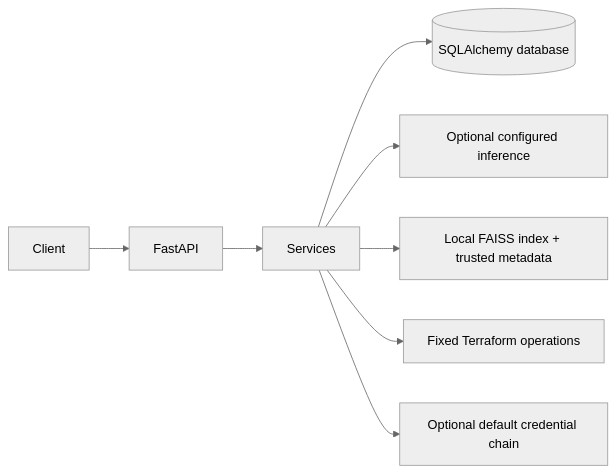
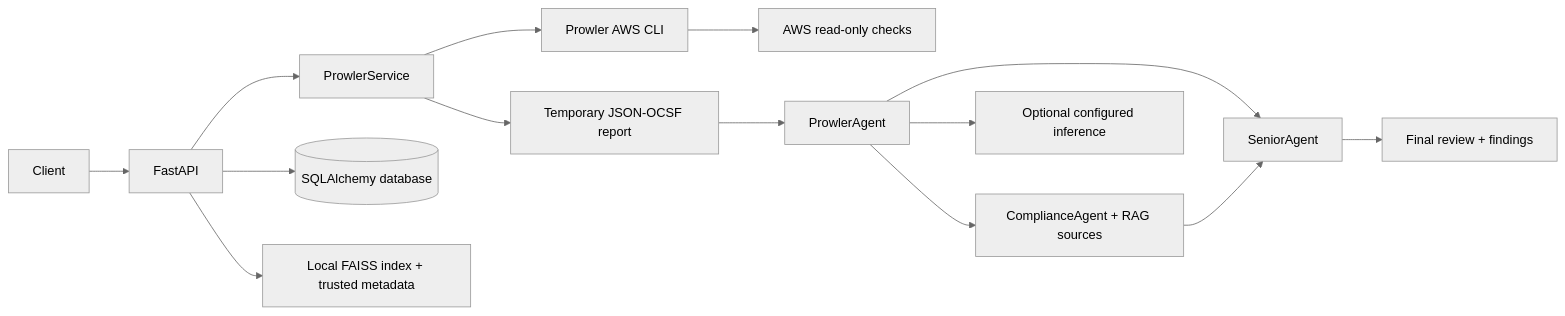
The diagram in docs/architecture.md (anubhavbuildz/indra-ai), drawn with Mermaid (neutral theme) before and after one commit. The commit also changed other lines of this file and 44 other files, not shown here.

````diff
--- a/docs/architecture.md
+++ b/docs/architecture.md
@@ -3,10 +3,16 @@
 ```mermaid
 flowchart LR
     Client --> FastAPI
-    FastAPI --> Services
-    Services --> SQLite[(SQLAlchemy database)]
-    Services --> NVIDIA[Optional configured inference]
-    Services --> FAISS[Local FAISS index + trusted metadata]
-    Services --> Terraform[Fixed Terraform operations]
-    Services --> AWS[Optional default credential chain]
+    FastAPI --> ProwlerService
+    ProwlerService --> CLI[Prowler AWS CLI]
+    CLI --> AWS[AWS read-only checks]
+    ProwlerService --> JSON[Temporary JSON-OCSF report]
+    JSON --> Agent[ProwlerAgent]
+    Agent --> Compliance[ComplianceAgent + RAG sources]
+    Agent --> Senior[SeniorAgent]
+    Compliance --> Senior
+    Senior --> Result[Final review + findings]
+    FastAPI --> DB[(SQLAlchemy database)]
+    Agent --> NVIDIA[Optional configured inference]
+    FastAPI --> FAISS[Local FAISS index + trusted metadata]
 ```
````
